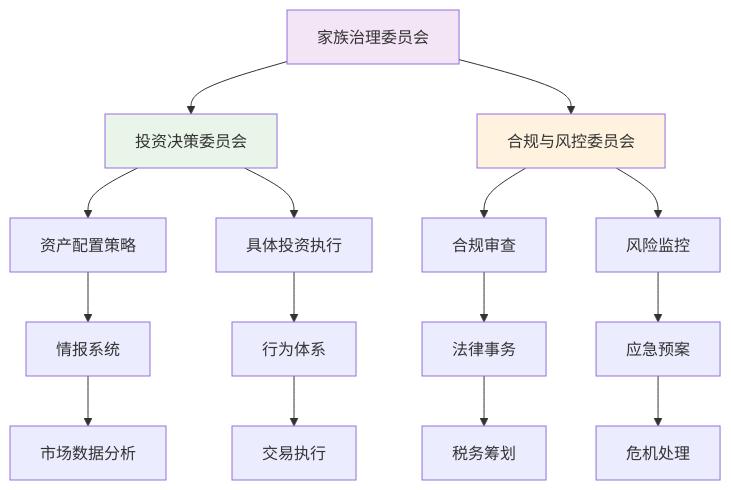
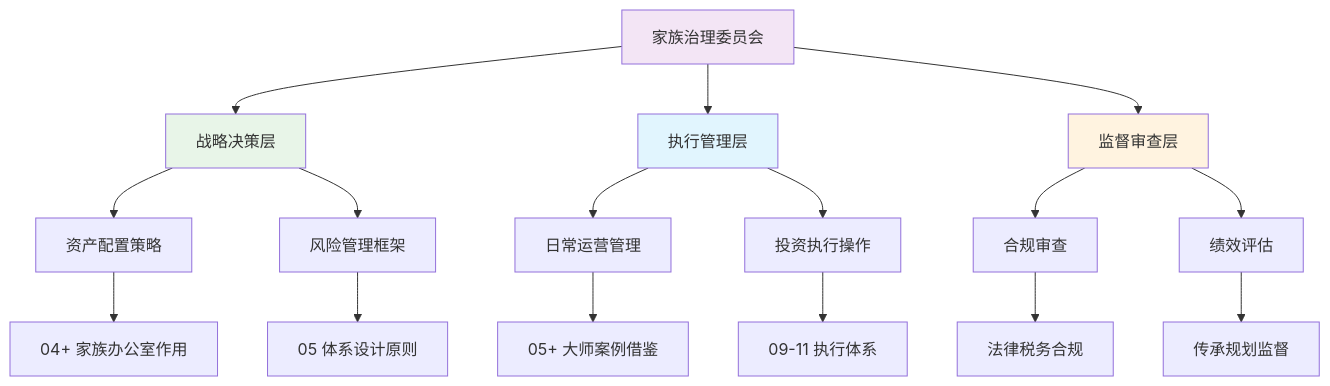
The third of 6 diagrams in VISUAL_FLOWCHARTS.md (chensiyi/family-wealth), drawn with Mermaid before and after one commit. The commit also changed other lines of this file and 11 other files, not shown here.

First line of the commit message:
feat: 完成流程图样式调整和规范化建设

````diff
--- a/VISUAL_FLOWCHARTS.md
+++ b/VISUAL_FLOWCHARTS.md
@@ -57,25 +57,27 @@
 ```mermaid
 graph TB
-    A[家族治理委员会] --> B[投资决策委员会]
-    A --> C[合规与风控委员会]
+    A[家族治理委员会] --> B[战略决策层]
+    A --> C[执行管理层]
+    A --> D[监督审查层]
     
-    B --> D[资产配置策略]
-    B --> E[具体投资执行]
+    B --> E[资产配置策略]
+    B --> F[风险管理框架]
     
-    C --> F[合规审查]
-    C --> G[风险监控]
+    C --> G[日常运营管理]
+    C --> H[投资执行操作]
     
-    D --> H[情报系统]
-    E --> I[行为体系]
-    F --> J[法律事务]
-    G --> K[应急预案]
+    D --> I[合规审查]
+    D --> J[绩效评估]
     
-    H --> L[市场数据分析]
-    I --> M[交易执行]
-    J --> N[税务筹划]
-    K --> O[危机处理]
+    E --> K[04+ 家族办公室作用]
+    F --> L[05 体系设计原则]
+    G --> M[05+ 大师案例借鉴]
+    H --> N[09-11 执行体系]
+    I --> O[法律税务合规]
+    J --> P[传承规划监督]
     
     style A fill:#f3e5f5
     style B fill:#e8f5e8
-    style C fill:#fff3e0
+    style C fill:#e1f5fe
+    style D fill:#fff3e0
 ```
````
